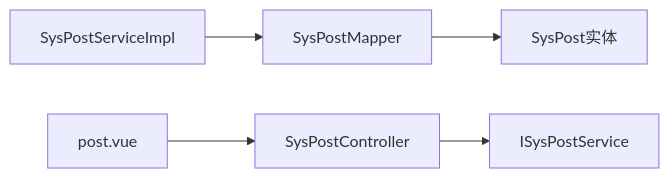
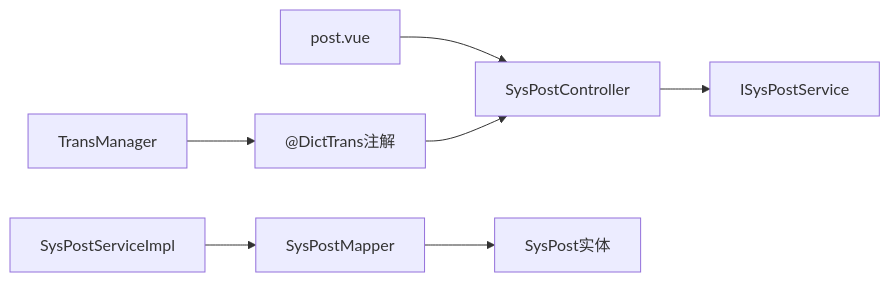
One commit to yaomindong1996/forge-admin changed the ninth of 9 diagrams in .qoder/repowiki/zh/content/核心功能模块/系统管理/岗位管理.md. Above: the diagram before and after it, drawn with Mermaid. The commit also changed other lines of this file and 7 other files, not shown here.

````diff
--- a/.qoder/repowiki/zh/content/核心功能模块/系统管理/岗位管理.md
+++ b/.qoder/repowiki/zh/content/核心功能模块/系统管理/岗位管理.md
@@ -303,7 +378,9 @@
 ```mermaid
 graph LR
 PostController["SysPostController"] --> ISysPostService["ISysPostService"]
 ISysPostServiceImpl["SysPostServiceImpl"] --> SysPostMapper["SysPostMapper"]
 SysPostMapper --> SysPost["SysPost实体"]
 FrontEnd["post.vue"] --> PostController
+DictTrans["@DictTrans注解"] --> PostController
+TransManager["TransManager"] --> DictTrans
 ```
````
